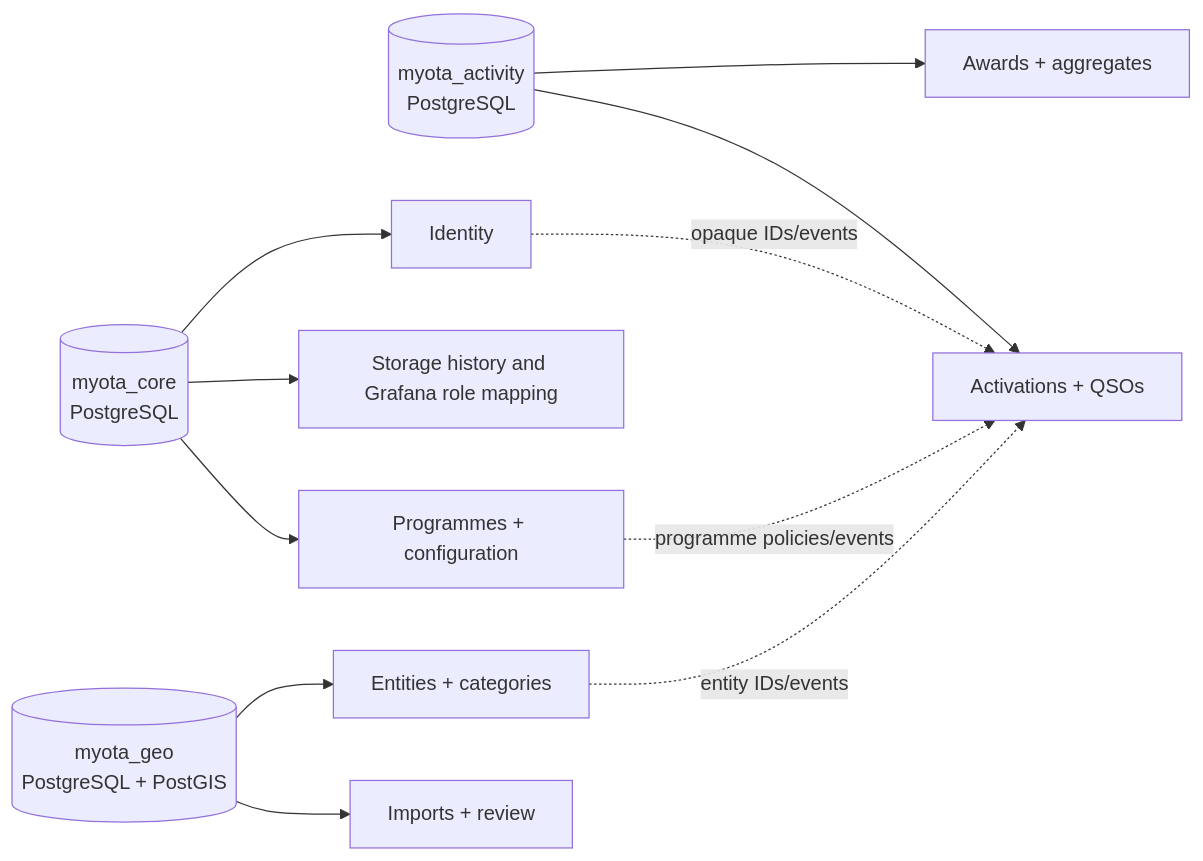
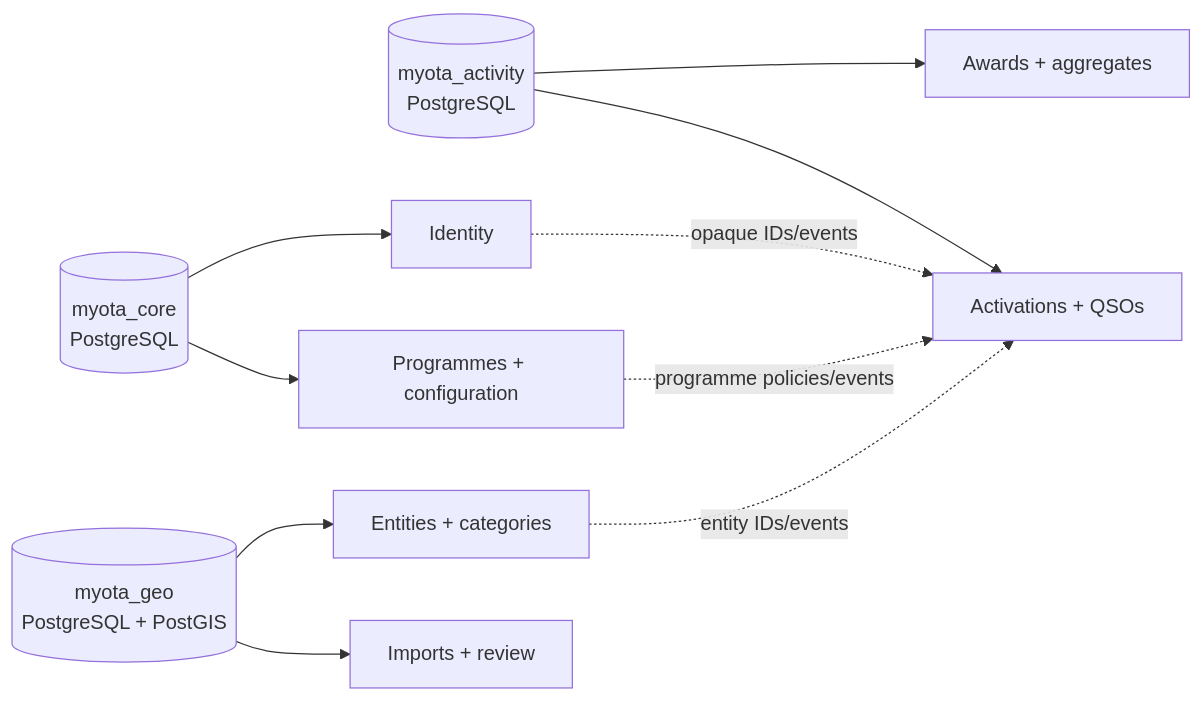
The first of 2 diagrams in docs/architecture/diagrams/data-model.md (myota-platform/myota-docs), drawn with Mermaid before and after one commit. The commit also changed other lines of this file and 16 other files, not shown here.

````diff
--- a/docs/architecture/diagrams/data-model.md
+++ b/docs/architecture/diagrams/data-model.md
@@ -12,13 +12,12 @@
 ```mermaid
 flowchart LR
   Core[(myota_core\nPostgreSQL)] --> Identity[Identity]
   Core --> Programme[Programmes + configuration]
-  Core --> Operations[Storage history and Grafana role mapping]
   Activity[(myota_activity\nPostgreSQL)] --> Execution[Activations + QSOs]
   Activity --> Awards[Awards + aggregates]
   Geo[(myota_geo\nPostgreSQL + PostGIS)] --> Entities[Entities + categories]
   Geo --> Imports[Imports + review]
   Identity -. opaque IDs/events .-> Execution
   Programme -. programme policies/events .-> Execution
   Entities -. entity IDs/events .-> Execution
 ```
````
